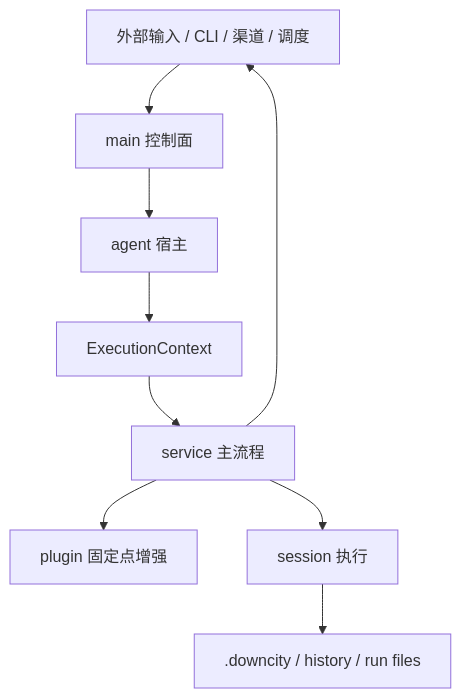
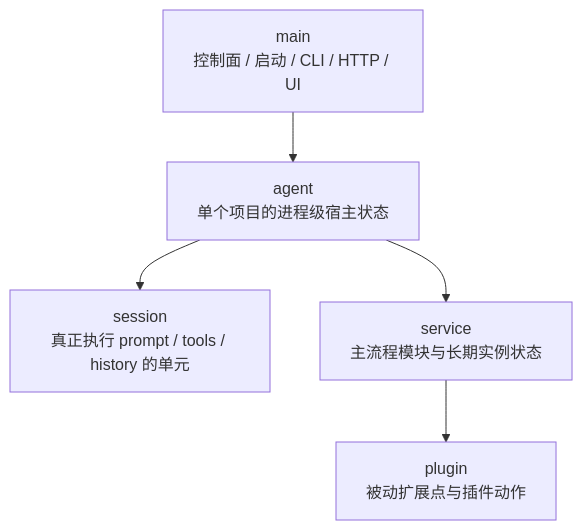
The first of 8 diagrams in devdocs/agent-native-architecture-design.md (wangenius/downcity), drawn with Mermaid before and after one commit. The commit also changed other lines of this file and 123 other files, not shown here.

````diff
--- a/devdocs/agent-native-architecture-design.md
+++ b/devdocs/agent-native-architecture-design.md
@@ -31,11 +31,7 @@
 ```mermaid
 flowchart TD
-  USER["外部输入 / CLI / 渠道 / 调度"] --> MAIN["main 控制面"]
-  MAIN --> AGENT["agent 宿主"]
-  AGENT --> RUNTIME["ExecutionContext"]
-  RUNTIME --> SERVICE["service 主流程"]
-  SERVICE --> PLUGIN["plugin 固定点增强"]
-  SERVICE --> SESSION["session 执行"]
-  SESSION --> STORE[".downcity / history / run files"]
-  SERVICE --> USER
+  MAIN["main<br/>控制面 / 启动 / CLI / HTTP / UI"] --> AGENT["agent<br/>单个项目的进程级宿主状态"]
+  AGENT --> SESSION["session<br/>真正执行 prompt / tools / history 的单元"]
+  AGENT --> SERVICE["service<br/>主流程模块与长期实例状态"]
+  SERVICE --> PLUGIN["plugin<br/>被动扩展点与插件动作"]
 ```
````
